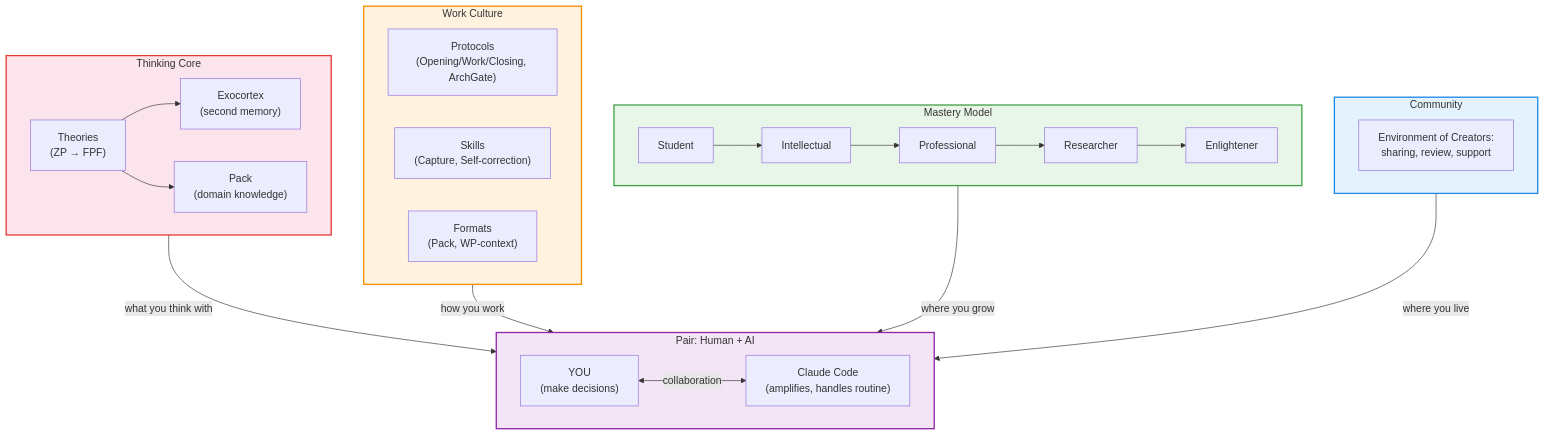
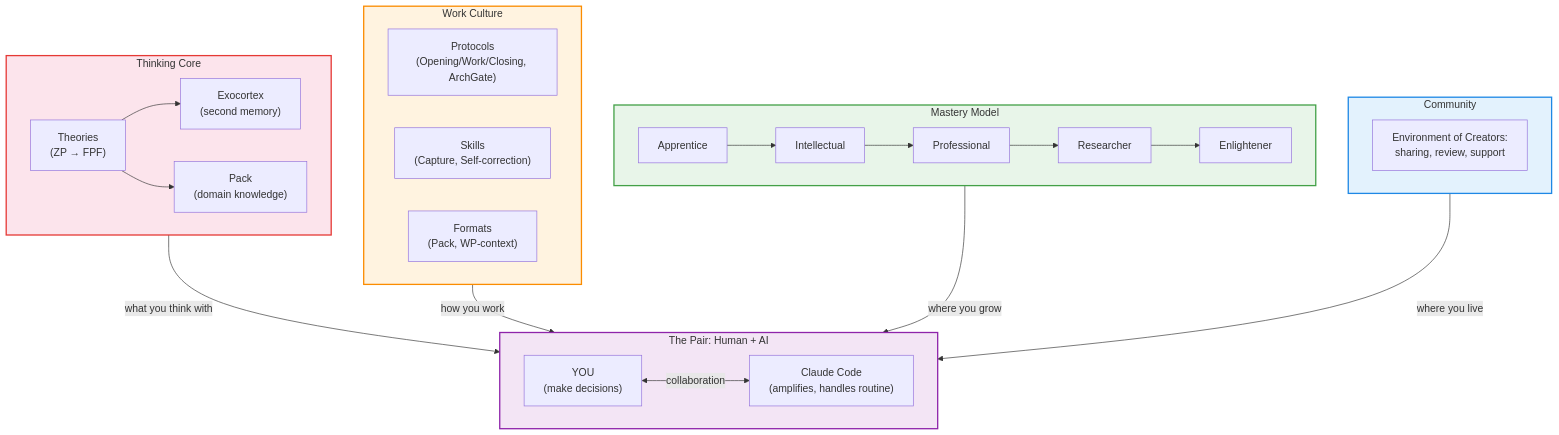
One commit to TserenTserenov/FMT-exocortex-template changed the second of 3 diagrams in docs/onboarding/onboarding-guide.md. Above: the diagram before and after it, drawn with Mermaid. The commit also changed other lines of this file and 8 other files, not shown here.

````diff
--- a/docs/onboarding/onboarding-guide.md
+++ b/docs/onboarding/onboarding-guide.md
@@ -220,44 +222,44 @@
 ```mermaid
 graph TB
     subgraph core["Thinking Core"]
         direction LR
         ZP["Theories\n(ZP → FPF)"]
         EXO["Exocortex\n(second memory)"]
         PACK["Pack\n(domain knowledge)"]
         ZP --> EXO
         ZP --> PACK
     end
 
     subgraph culture["Work Culture"]
         direction LR
         PROTOCOLS["Protocols\n(Opening/Work/Closing, ArchGate)"]
         SKILLS["Skills\n(Capture, Self-correction)"]
         FORMATS["Formats\n(Pack, WP-context)"]
     end
 
     subgraph mastery["Mastery Model"]
-        M1["Student"] --> M2["Intellectual"] --> M3["Professional"] --> M4["Researcher"] --> M5["Enlightener"]
+        M1["Apprentice"] --> M2["Intellectual"] --> M3["Professional"] --> M4["Researcher"] --> M5["Enlightener"]
     end
 
     subgraph community["Community"]
         COMM["Environment of Creators:\nsharing, review, support"]
     end
 
-    subgraph pair["Pair: Human + AI"]
+    subgraph pair["The Pair: Human + AI"]
         direction LR
         USER["YOU\n(make decisions)"]
         AI["Claude Code\n(amplifies, handles routine)"]
         USER <-->|"collaboration"| AI
     end
 
     core -->|"what you think with"| pair
     culture -->|"how you work"| pair
     mastery -->|"where you grow"| pair
     community -->|"where you live"| pair
 
     style core fill:#fce4ec,stroke:#e53935,stroke-width:2px
     style culture fill:#fff3e0,stroke:#fb8c00,stroke-width:2px
     style mastery fill:#e8f5e9,stroke:#43a047,stroke-width:2px
     style community fill:#e3f2fd,stroke:#1e88e5,stroke-width:2px
     style pair fill:#f3e5f5,stroke:#8e24aa,stroke-width:2px
 ```
````
